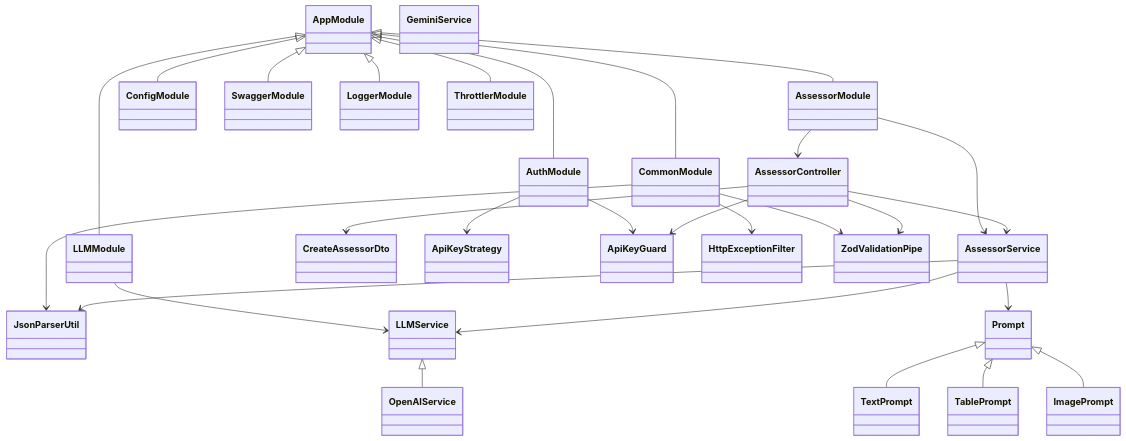
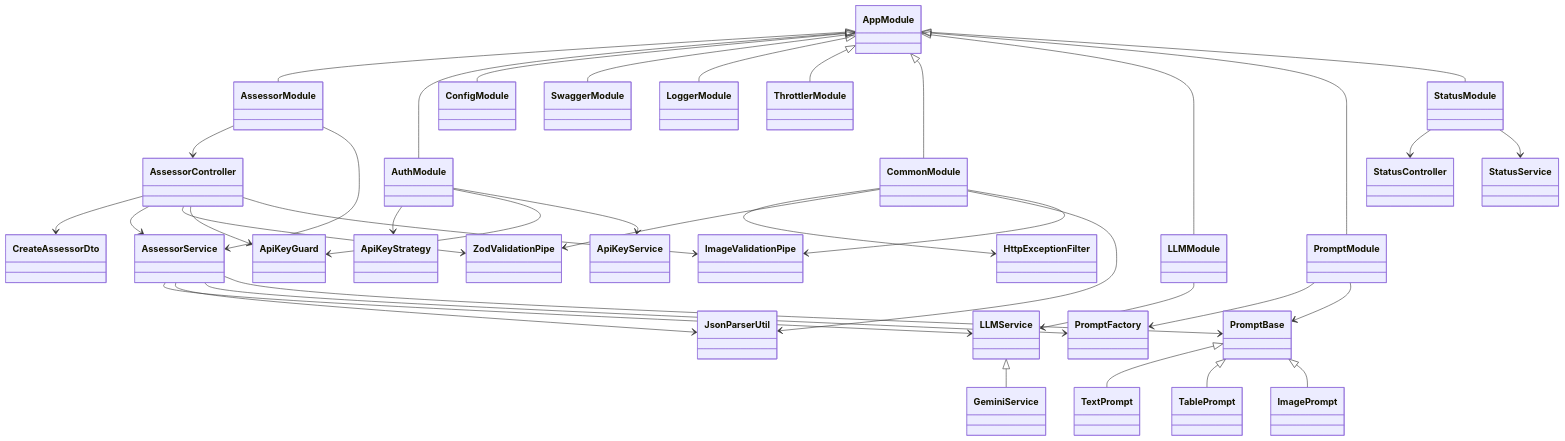
The diagram in docs/design/ClassStructure.md (h-arnold/AssessmentBot-Backend), drawn with Mermaid before and after one commit. The commit also changed 2 other files, not shown here.

Commit message:
Fix Node.js version and directory structure documentation

````diff
--- a/docs/design/ClassStructure.md
+++ b/docs/design/ClassStructure.md
@@ -12,26 +12,35 @@
     class ThrottlerModule
     class CommonModule
     class LLMModule
+    class PromptModule
+    class StatusModule
 
     %% Assessor Components
     class AssessorController
     class AssessorService
     class CreateAssessorDto
 
+    %% Status Components
+    class StatusController
+    class StatusService
+
     %% Auth Components
     class ApiKeyStrategy
     class ApiKeyGuard
+    class ApiKeyService
 
     %% Common Utilities
     class HttpExceptionFilter
     class ZodValidationPipe
     class JsonParserUtil
+    class ImageValidationPipe
 
     %% Prompt Hierarchy
-    class Prompt
+    class PromptBase
     class TextPrompt
     class TablePrompt
     class ImagePrompt
+    class PromptFactory
 
     %% LLM Service Hierarchy
     class LLMService
@@ -46,6 +55,8 @@
     AppModule <|-- ThrottlerModule
     AppModule <|-- CommonModule
     AppModule <|-- LLMModule
+    AppModule <|-- PromptModule
+    AppModule <|-- StatusModule
 
     %% Assessor Relationships
     AssessorModule --> AssessorController
@@ -53,32 +64,44 @@
     AssessorController --> CreateAssessorDto
     AssessorController --> AssessorService
 
+    %% Status Relationships
+    StatusModule --> StatusController
+    StatusModule --> StatusService
+
     %% Auth Relationships
     AuthModule --> ApiKeyStrategy
     AuthModule --> ApiKeyGuard
+    AuthModule --> ApiKeyService
 
     %% Common Module Relationships
     CommonModule --> HttpExceptionFilter
     CommonModule --> ZodValidationPipe
     CommonModule --> JsonParserUtil
+    CommonModule --> ImageValidationPipe
+
+    %% Prompt Module Relationships
+    PromptModule --> PromptFactory
+    PromptModule --> PromptBase
 
     %% LLM Module Relationships
     LLMModule --> LLMService
 
     %% Prompt Inheritance
-    Prompt <|-- TextPrompt
-    Prompt <|-- TablePrompt
-    Prompt <|-- ImagePrompt
+    PromptBase <|-- TextPrompt
+    PromptBase <|-- TablePrompt
+    PromptBase <|-- ImagePrompt
 
     %% LLM Service Inheritance
-    LLMService <|-- OpenAIService
+    LLMService <|-- GeminiService
 
     %% Service Integration
     AssessorService --> LLMService
     AssessorService --> JsonParserUtil
+    AssessorService --> PromptFactory
 
     %% Usage Relationships
     AssessorController --> ZodValidationPipe
     AssessorController --> ApiKeyGuard
-    AssessorService --> Prompt
+    AssessorController --> ImageValidationPipe
+    AssessorService --> PromptBase
 ```
````
